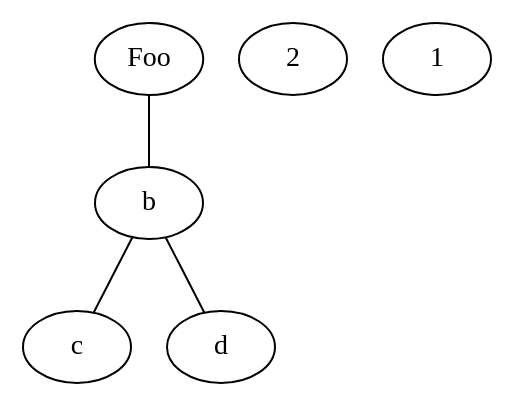
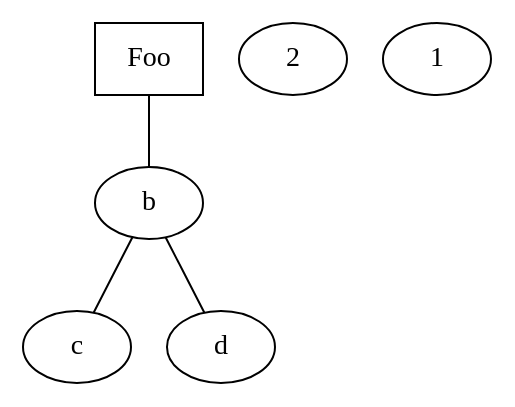
One commit to pydoted/dotEd changed the diagram in doted/test.dot. Above: the diagram before and after it, drawn with Graphviz. The commit also changed 4 other files, not shown here.

```diff
--- a/doted/test.dot
+++ b/doted/test.dot
@@ -1,8 +1,8 @@
 graph graphname {
-     a [label="Foo"];
+     a [label="Foo" color="rp" shape="ff" weight=45];
      2;
      1;
      1;
      a -- b -- c;
      b -- d;
  }
```
